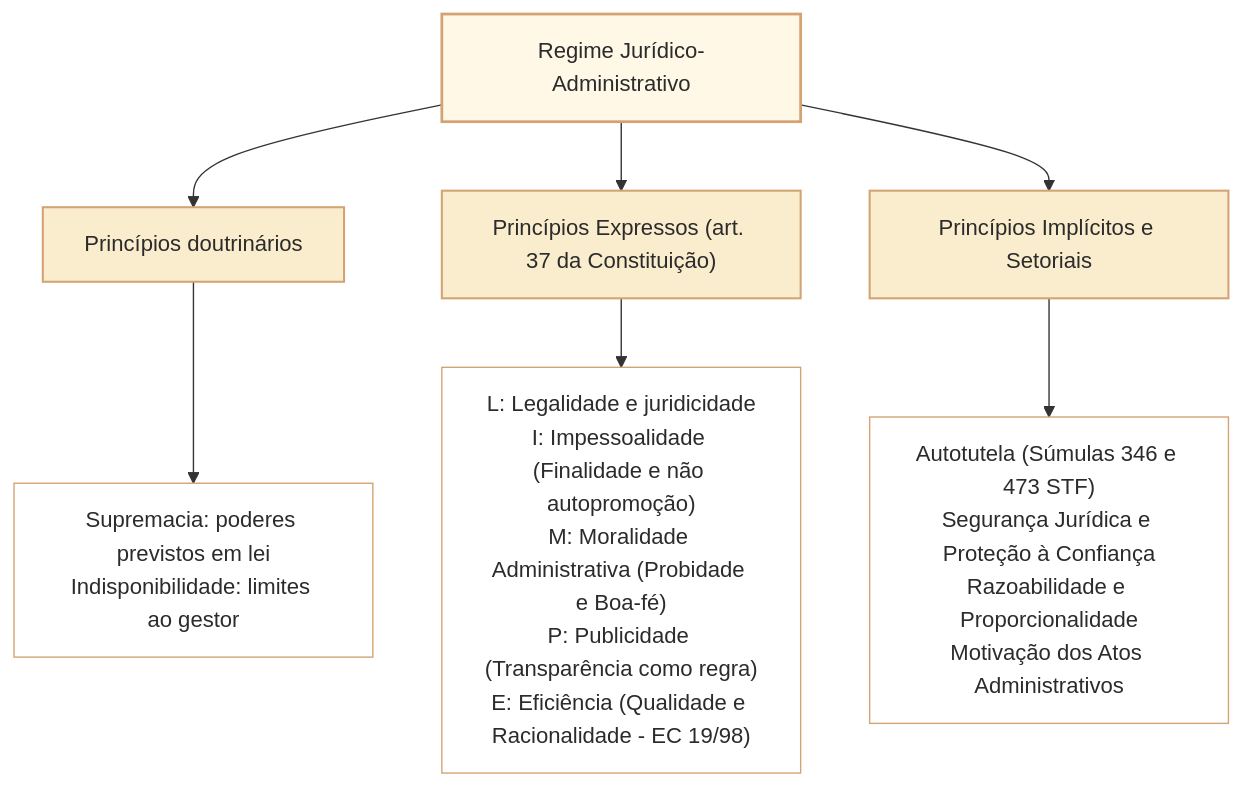
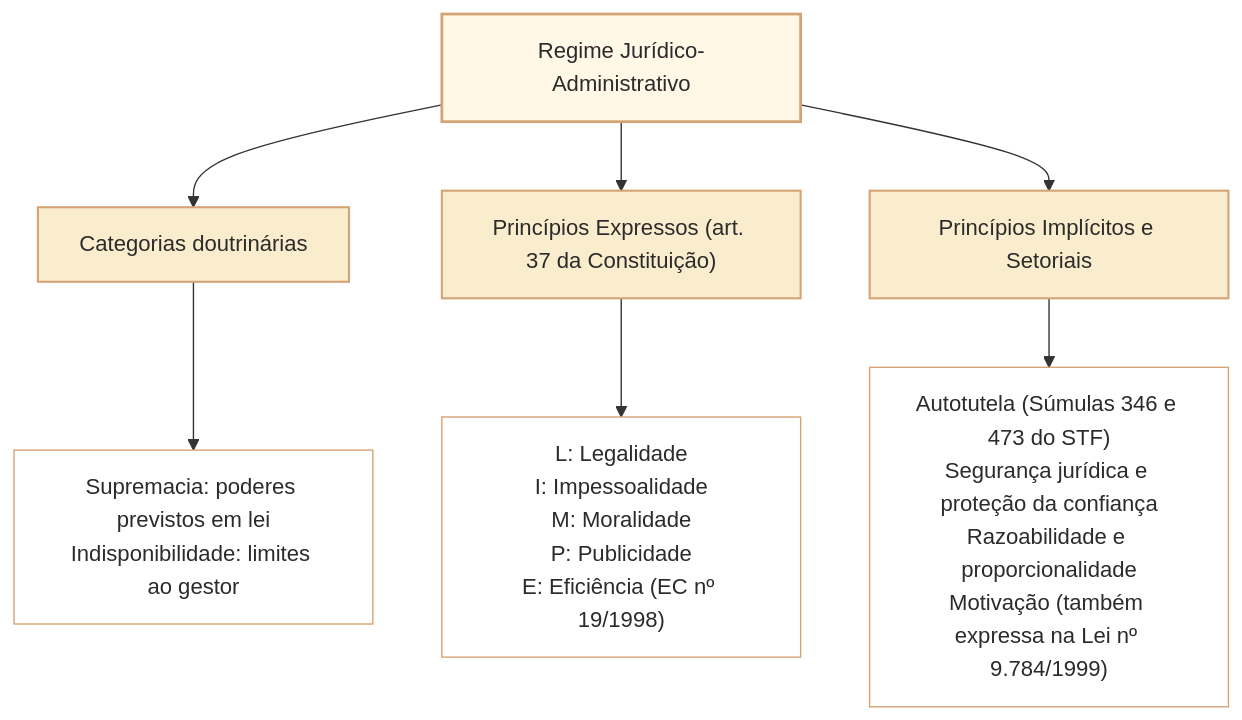
One commit to leorruas/concursos changed the diagram in 3 - Materias/Direito Administrativo/01 - principios e lei de acesso a informacao.md. Above: the diagram before and after it, drawn with Mermaid. The commit also changed other lines of this file, not shown here.

Commit message:
docs(DAD01): explicar supremacia e indisponibilidade e distinguir fontes dos princípios

````diff
--- a/3 - Materias/Direito Administrativo/01 - principios e lei de acesso a informacao.md
+++ b/3 - Materias/Direito Administrativo/01 - principios e lei de acesso a informacao.md
@@ -26,14 +26,14 @@
 ```mermaid
 graph TD
     classDef raiz fill:#fff8e7,stroke:#d4a373,stroke-width:2px,color:#2b2b2b;
     classDef criterio fill:#faedcd,stroke:#d4a373,stroke-width:1.5px,color:#2b2b2b;
     classDef opcao fill:#ffffff,stroke:#d4a373,stroke-width:1px,color:#2b2b2b;
 
-    R["Regime Jurídico-Administrativo"]:::raiz --> C1["Princípios doutrinários"]:::criterio
+    R["Regime Jurídico-Administrativo"]:::raiz --> C1["Categorias doutrinárias"]:::criterio
     R --> C2["Princípios Expressos (art. 37 da Constituição)"]:::criterio
     R --> C3["Princípios Implícitos e Setoriais"]:::criterio
 
     C1 --> O1["Supremacia: poderes previstos em lei<br/>Indisponibilidade: limites ao gestor"]:::opcao
-    C2 --> O2["L: Legalidade e juridicidade<br/>I: Impessoalidade (Finalidade e não autopromoção)<br/>M: Moralidade Administrativa (Probidade e Boa-fé)<br/>P: Publicidade (Transparência como regra)<br/>E: Eficiência (Qualidade e Racionalidade - EC 19/98)"]:::opcao
-    C3 --> O3["Autotutela (Súmulas 346 e 473 STF)<br/>Segurança Jurídica e Proteção à Confiança<br/>Razoabilidade e Proporcionalidade<br/>Motivação dos Atos Administrativos"]:::opcao
+    C2 --> O2["L: Legalidade<br/>I: Impessoalidade<br/>M: Moralidade<br/>P: Publicidade<br/>E: Eficiência (EC nº 19/1998)"]:::opcao
+    C3 --> O3["Autotutela (Súmulas 346 e 473 do STF)<br/>Segurança jurídica e proteção da confiança<br/>Razoabilidade e proporcionalidade<br/>Motivação (também expressa na Lei nº 9.784/1999)"]:::opcao
 ```
````
